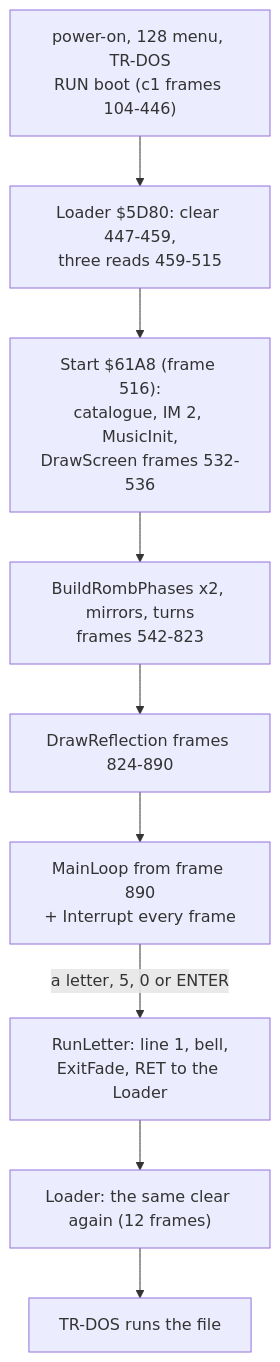
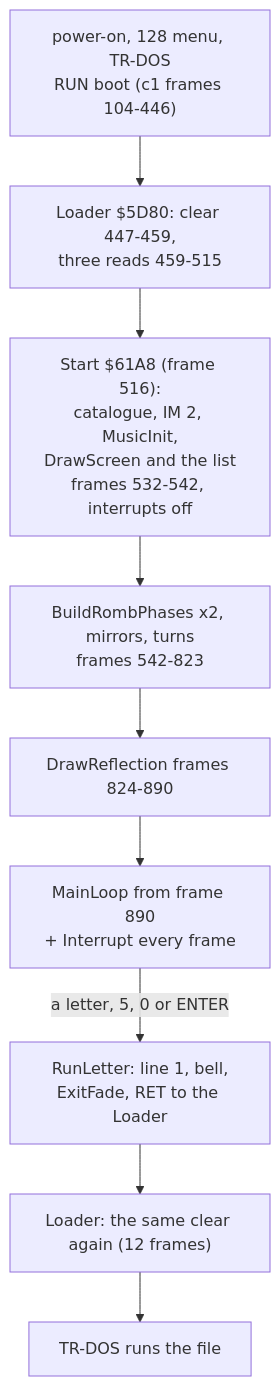
Before and after one commit to alfishe/unrealng-reverse-cases: the first of 3 diagrams in software/zyx-boot/docs/02-architecture.md, drawn with Mermaid. The commit also changed other lines of this file and 30 other files, not shown here.

````diff
--- a/software/zyx-boot/docs/02-architecture.md
+++ b/software/zyx-boot/docs/02-architecture.md
@@ -77,11 +79,11 @@
 ```mermaid
 flowchart TD
     P["power-on, 128 menu, TR-DOS<br/>RUN boot (c1 frames 104-446)"] --> L["Loader $5D80: clear 447-459,<br/>three reads 459-515"]
-    L --> S["Start $61A8 (frame 516):<br/>catalogue, IM 2, MusicInit,<br/>DrawScreen frames 532-536"]
+    L --> S["Start $61A8 (frame 516):<br/>catalogue, IM 2, MusicInit,<br/>DrawScreen and the list<br/>frames 532-542, interrupts off"]
     S --> B["BuildRombPhases x2, mirrors, turns<br/>frames 542-823"]
     B --> R["DrawReflection frames 824-890"]
     R --> M["MainLoop from frame 890<br/>+ Interrupt every frame"]
     M -->|"a letter, 5, 0 or ENTER"| X["RunLetter: line 1, bell,<br/>ExitFade, RET to the Loader"]
     X --> Z["Loader: the same clear again (12 frames)"]
     Z --> T["TR-DOS runs the file"]
 ```
````
